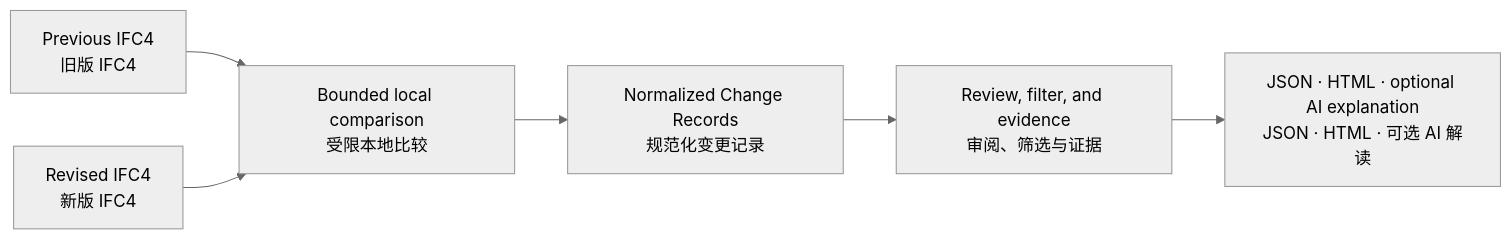
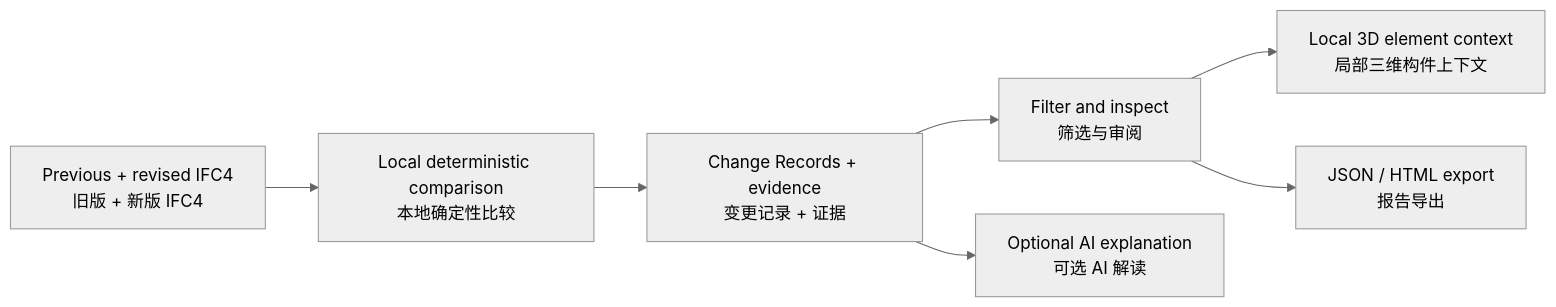
One commit to delongwangshu49-hub/bimchange-agent changed the diagram in README.md. Above: the diagram before and after it, drawn with Mermaid (neutral theme). The commit also changed other lines of this file and 83 other files, not shown here.

````diff
--- a/README.md
+++ b/README.md
@@ -57,8 +65,9 @@
 ```mermaid
 flowchart LR
-    A["Previous IFC4<br/>旧版 IFC4"] --> C["Bounded local comparison<br/>受限本地比较"]
-    B["Revised IFC4<br/>新版 IFC4"] --> C
-    C --> D["Normalized Change Records<br/>规范化变更记录"]
-    D --> E["Review, filter, and evidence<br/>审阅、筛选与证据"]
-    E --> F["JSON · HTML · optional AI explanation<br/>JSON · HTML · 可选 AI 解读"]
+    A["Previous + revised IFC4<br/>旧版 + 新版 IFC4"] --> B["Local deterministic comparison<br/>本地确定性比较"]
+    B --> C["Change Records + evidence<br/>变更记录 + 证据"]
+    C --> D["Filter and inspect<br/>筛选与审阅"]
+    D --> E["Local 3D element context<br/>局部三维构件上下文"]
+    D --> F["JSON / HTML export<br/>报告导出"]
+    C --> G["Optional AI explanation<br/>可选 AI 解读"]
 ```
````
